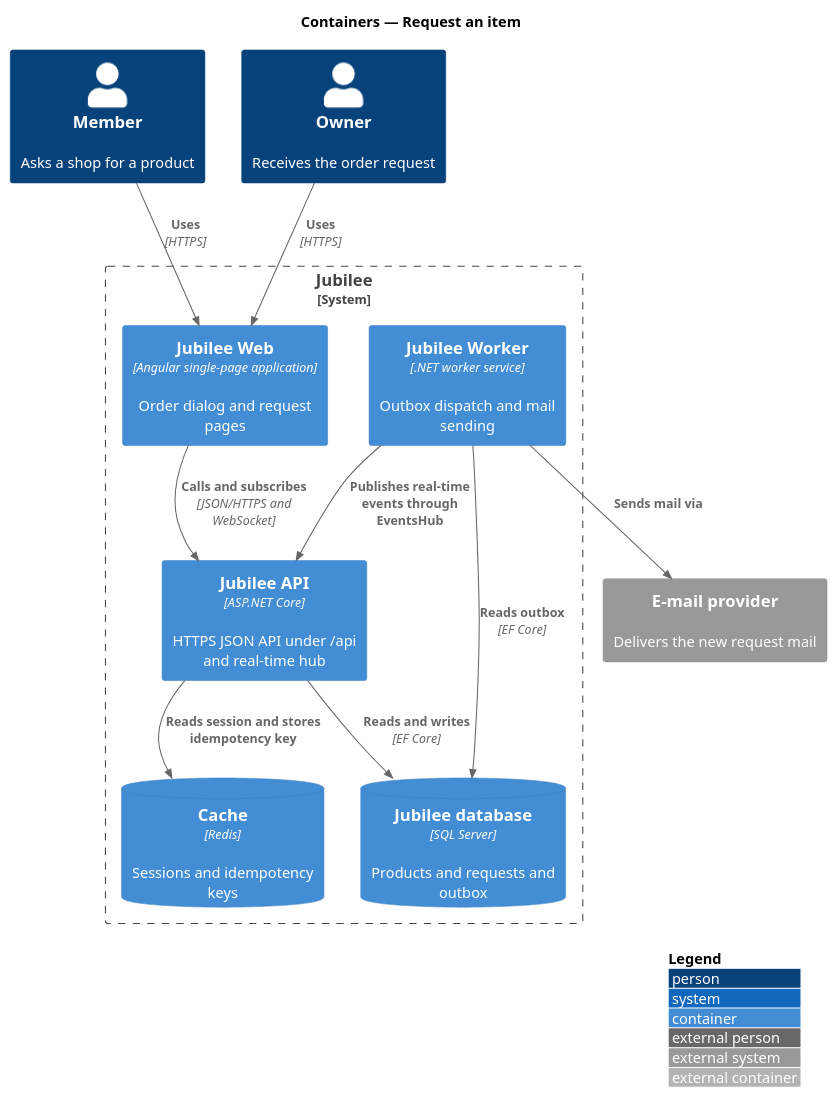
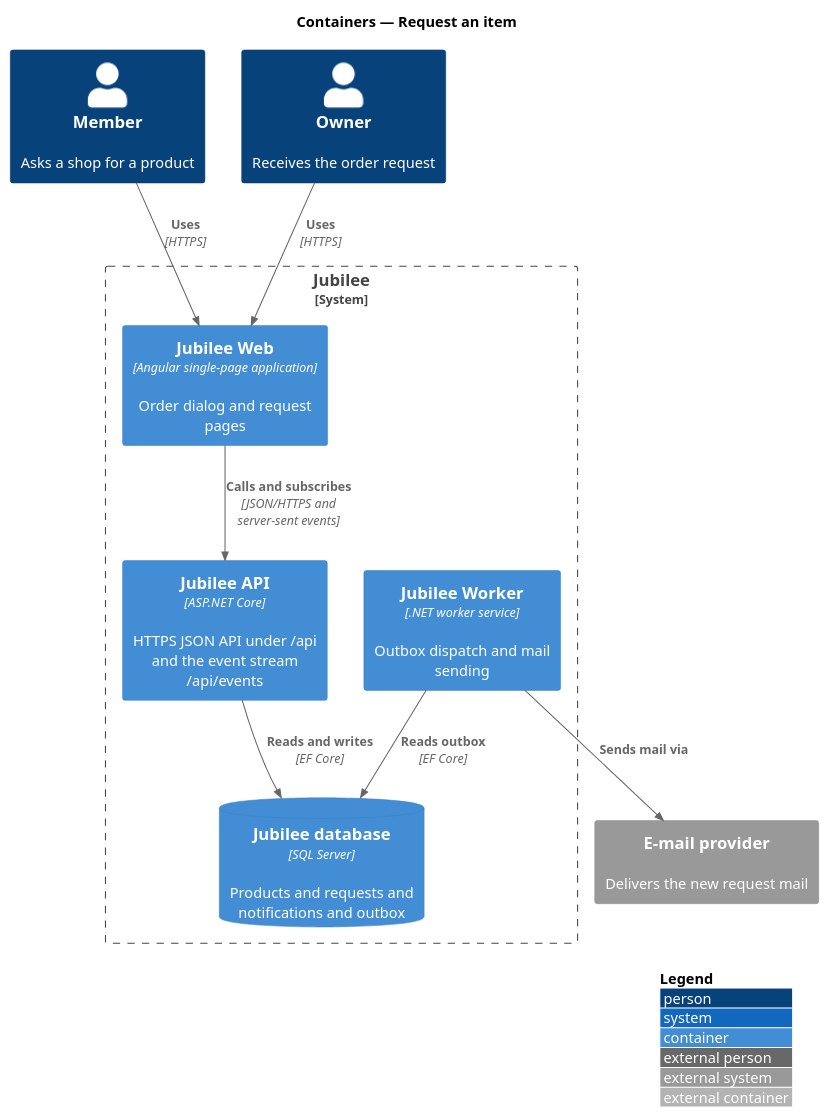
Before and after one commit to QuinntyneBrown/jubilee: the diagram in docs/detailed-designs/requests/request-item/diagrams/c4-container.puml, drawn with PlantUML. The commit also changed 12 other files, not shown here.

```diff
--- a/docs/detailed-designs/requests/request-item/diagrams/c4-container.puml
+++ b/docs/detailed-designs/requests/request-item/diagrams/c4-container.puml
@@ -1,25 +1,22 @@
 @startuml
 !include <C4/C4_Container>
 LAYOUT_WITH_LEGEND()
 title Containers — Request an item
 
 Person(member, "Member", "Asks a shop for a product")
 Person(owner, "Owner", "Receives the order request")
 System_Boundary(jubilee, "Jubilee") {
   Container(web, "Jubilee Web", "Angular single-page application", "Order dialog and request pages")
-  Container(api, "Jubilee API", "ASP.NET Core", "HTTPS JSON API under /api and real-time hub")
+  Container(api, "Jubilee API", "ASP.NET Core", "HTTPS JSON API under /api and the event stream /api/events")
   Container(worker, "Jubilee Worker", ".NET worker service", "Outbox dispatch and mail sending")
-  ContainerDb(db, "Jubilee database", "SQL Server", "Products and requests and outbox")
-  ContainerDb(cache, "Cache", "Redis", "Sessions and idempotency keys")
+  ContainerDb(db, "Jubilee database", "SQL Server", "Products and requests and notifications and outbox")
 }
 System_Ext(email, "E-mail provider", "Delivers the new request mail")
 
 Rel(member, web, "Uses", "HTTPS")
 Rel(owner, web, "Uses", "HTTPS")
-Rel(web, api, "Calls and subscribes", "JSON/HTTPS and WebSocket")
+Rel(web, api, "Calls and subscribes", "JSON/HTTPS and server-sent events")
 Rel(api, db, "Reads and writes", "EF Core")
-Rel(api, cache, "Reads session and stores idempotency key")
 Rel(worker, db, "Reads outbox", "EF Core")
-Rel(worker, api, "Publishes real-time events through EventsHub")
 Rel(worker, email, "Sends mail via")
 @enduml
```
